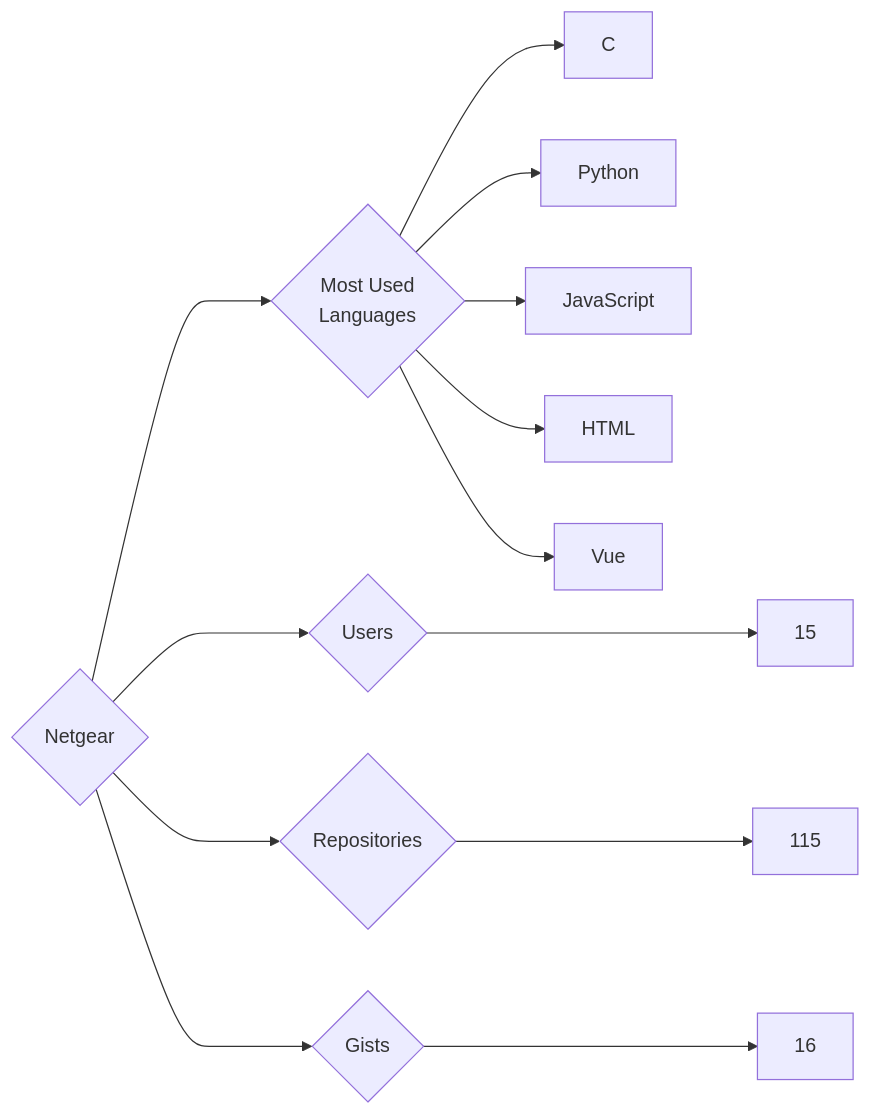
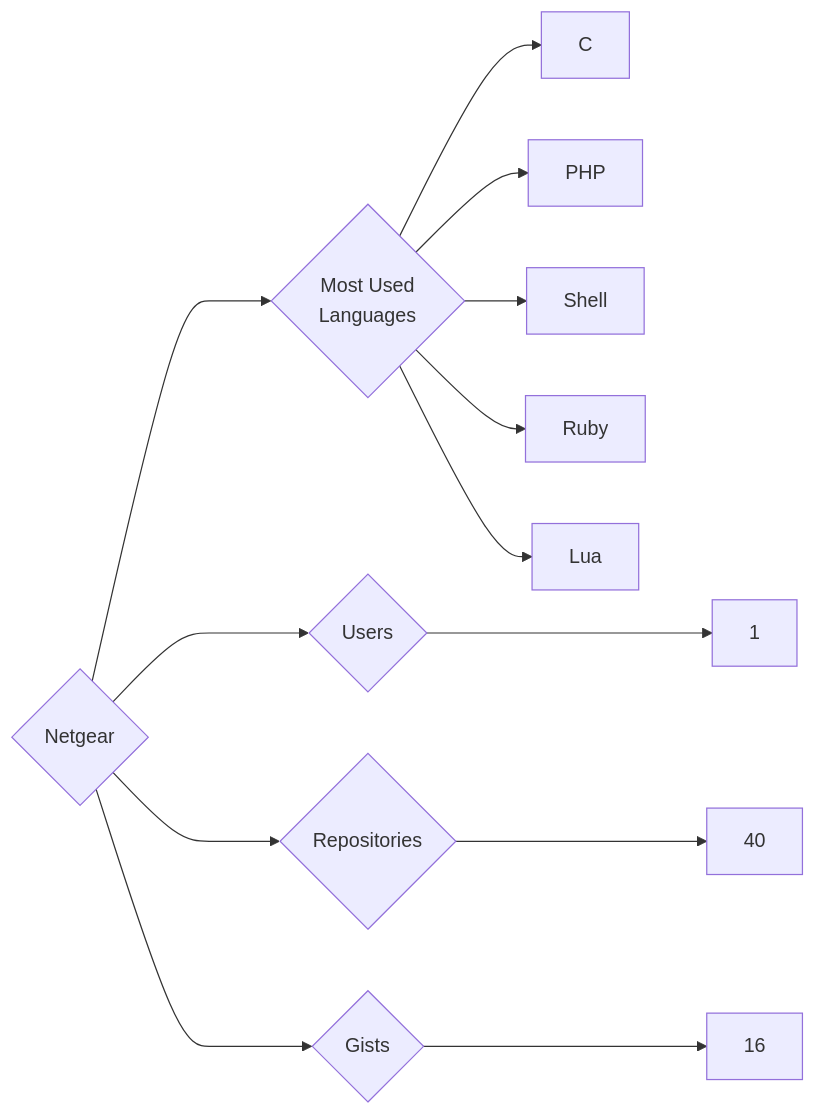
One commit to trickest/insiders changed the diagram in targets/Netgear/README.md. Above: the diagram before and after it, drawn with Mermaid. The commit also changed 444 other files, not shown here.

````diff
--- a/targets/Netgear/README.md
+++ b/targets/Netgear/README.md
@@ -3,13 +3,13 @@
 ```mermaid
 graph LR
 COMPANY_NAME{Netgear}
-COMPANY_NAME ---> U{Users} ---> UN[15]
-COMPANY_NAME ---> R{Repositories} ---> RN[115]
+COMPANY_NAME ---> U{Users} ---> UN[1]
+COMPANY_NAME ---> R{Repositories} ---> RN[40]
 COMPANY_NAME ---> G{Gists} ---> GN[16]
 COMPANY_NAME ---> ML{Most Used<br>Languages}
 ML --> C[C]
-ML --> Python[Python]
-ML --> JavaScript[JavaScript]
-ML --> HTML[HTML]
-ML --> Vue[Vue]
+ML --> PHP[PHP]
+ML --> Shell[Shell]
+ML --> Ruby[Ruby]
+ML --> Lua[Lua]
 ```
````
